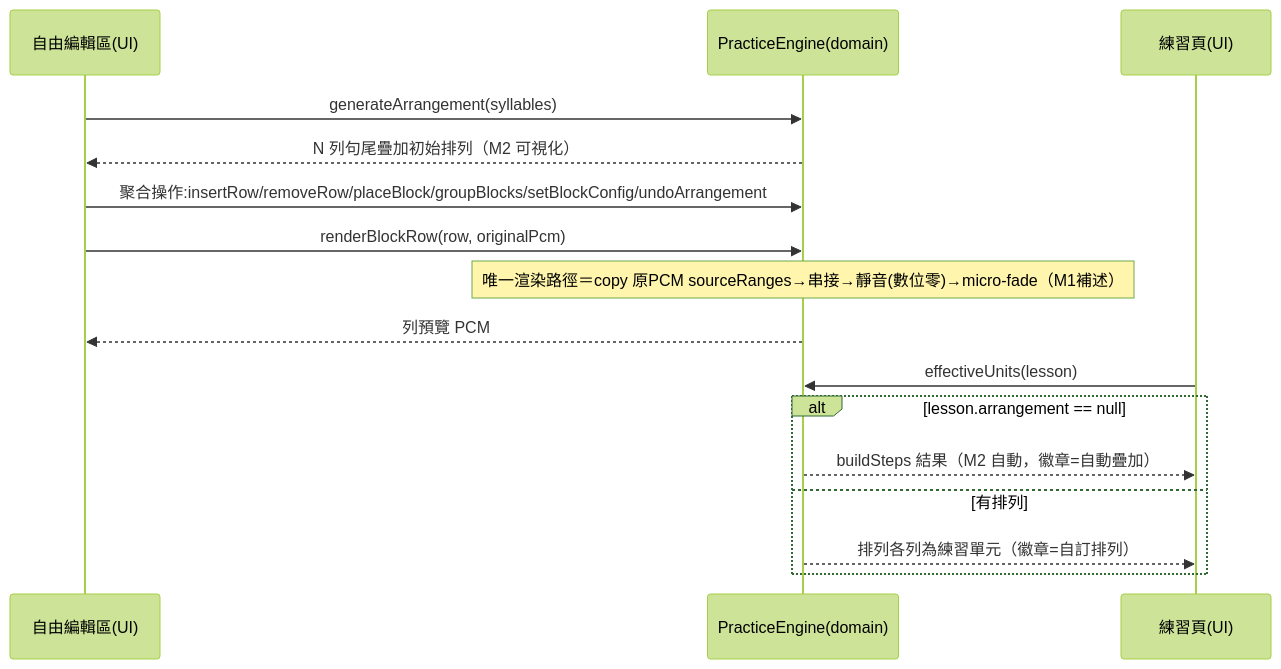
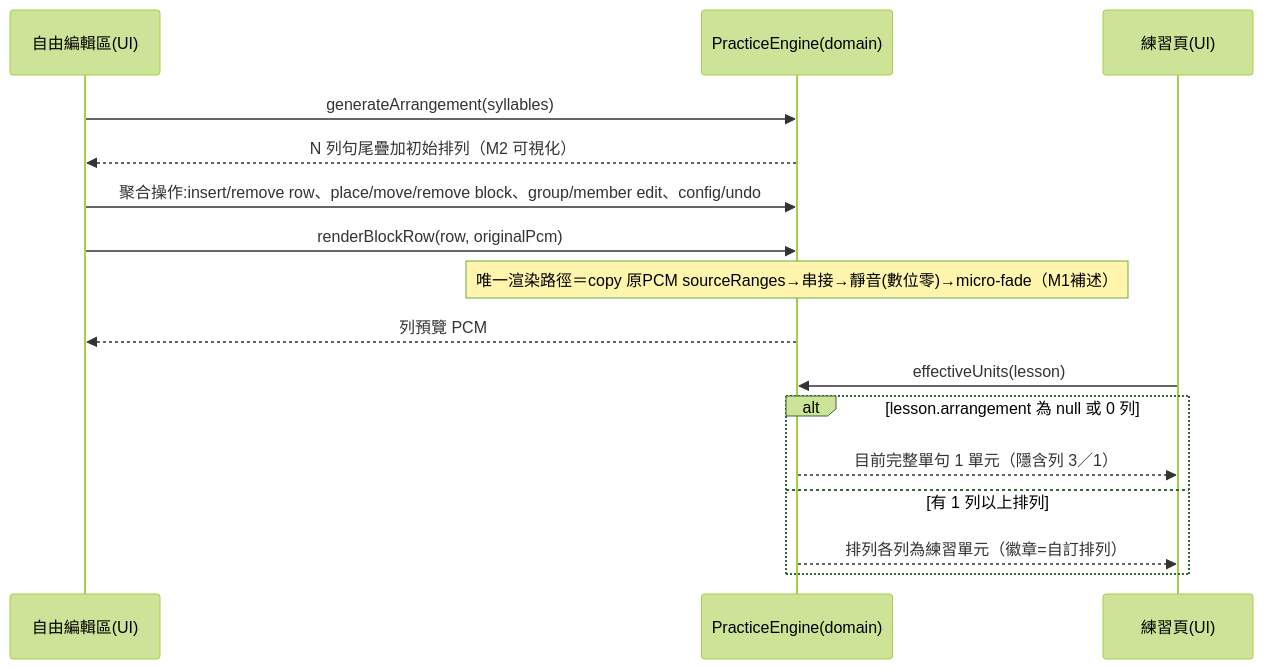
The fourth of 4 diagrams in spec-syllable-repeater/requirements/syllable-practice-macos-v1.1_20260712/design/backend-design.md (karenli628/syllable-repeater), drawn with Mermaid (forest theme) before and after one commit. The commit also changed other lines of this file and 19 other files, not shown here.

````diff
--- a/spec-syllable-repeater/requirements/syllable-practice-macos-v1.1_20260712/design/backend-design.md
+++ b/spec-syllable-repeater/requirements/syllable-practice-macos-v1.1_20260712/design/backend-design.md
@@ -270,19 +301,19 @@
 ```mermaid
 sequenceDiagram
     participant UI as 自由編輯區(UI)
     participant PE as PracticeEngine(domain)
     participant PP as 練習頁(UI)
 
     UI->>PE: generateArrangement(syllables)
     PE-->>UI: N 列句尾疊加初始排列（M2 可視化）
-    UI->>PE: 聚合操作:insertRow/removeRow/placeBlock/groupBlocks/setBlockConfig/undoArrangement
+    UI->>PE: 聚合操作:insert/remove row、place/move/remove block、group/member edit、config/undo
     UI->>PE: renderBlockRow(row, originalPcm)
     Note over PE: 唯一渲染路徑＝copy 原PCM sourceRanges→串接→靜音(數位零)→micro-fade（M1補述）
     PE-->>UI: 列預覽 PCM
     PP->>PE: effectiveUnits(lesson)
-    alt lesson.arrangement == null
-        PE-->>PP: buildSteps 結果（M2 自動，徽章=自動疊加）
-    else 有排列
+    alt lesson.arrangement 為 null 或 0 列
+        PE-->>PP: 目前完整單句 1 單元（隱含列 3／1）
+    else 有 1 列以上排列
         PE-->>PP: 排列各列為練習單元（徽章=自訂排列）
     end
 ```
````
